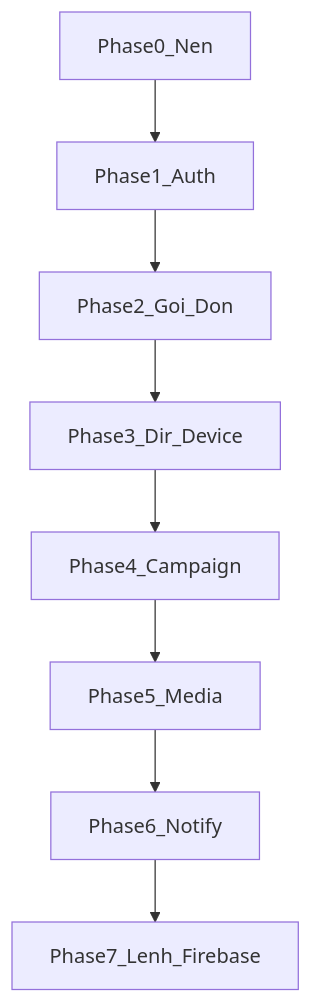
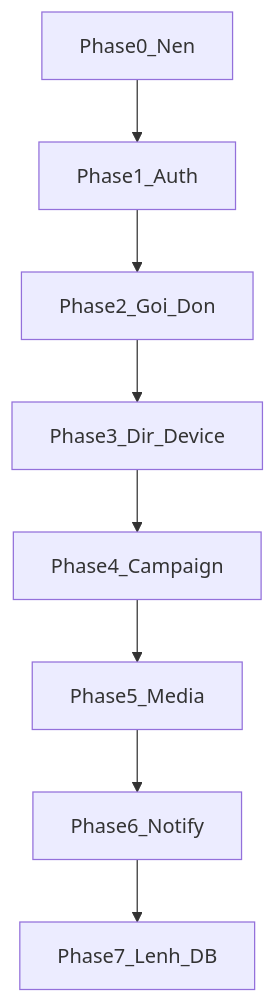
The first of 9 diagrams in .agents/workflows/phases.md (anhtientram/tsscreen_be), drawn with Mermaid before and after one commit. The commit also changed other lines of this file and 12 other files, not shown here.

````diff
--- a/.agents/workflows/phases.md
+++ b/.agents/workflows/phases.md
@@ -20,13 +20,13 @@
 ```mermaid
 flowchart TB
   P0[Phase0_Nen]
   P1[Phase1_Auth]
   P2[Phase2_Goi_Don]
   P3[Phase3_Dir_Device]
   P4[Phase4_Campaign]
   P5[Phase5_Media]
   P6[Phase6_Notify]
-  P7[Phase7_Lenh_Firebase]
+  P7[Phase7_Lenh_DB]
 
   P0 --> P1 --> P2 --> P3 --> P4 --> P5 --> P6 --> P7
 ```
````
